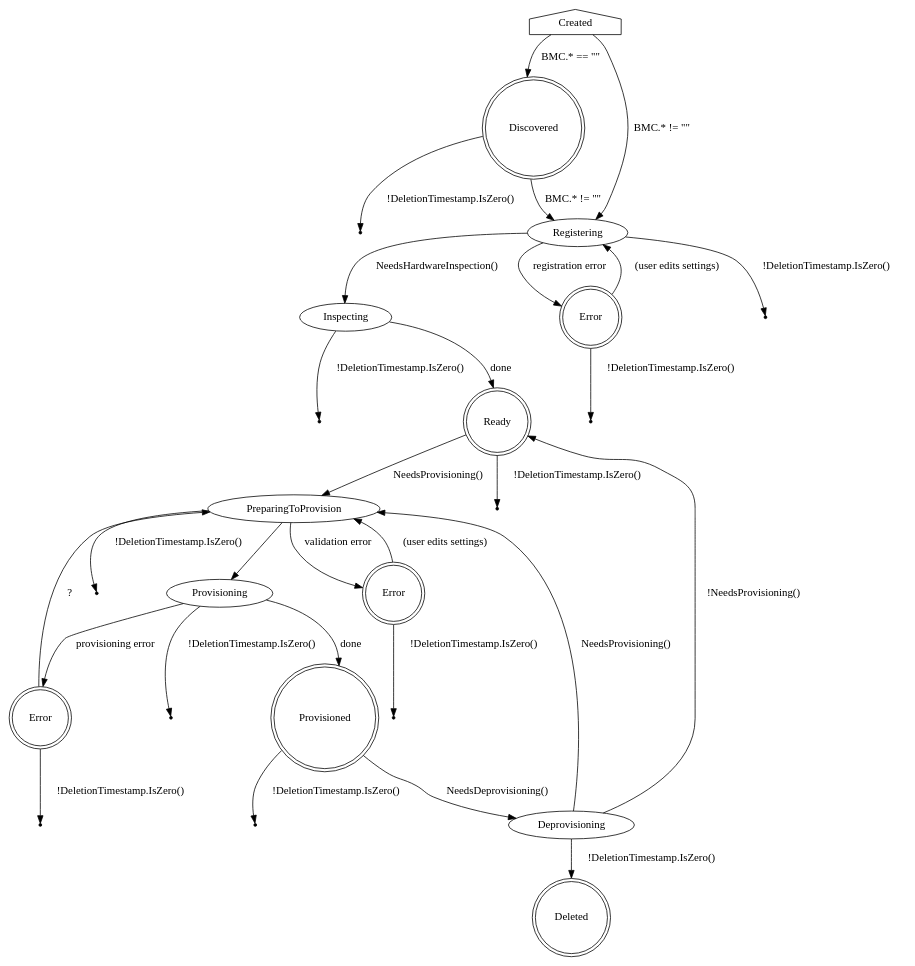
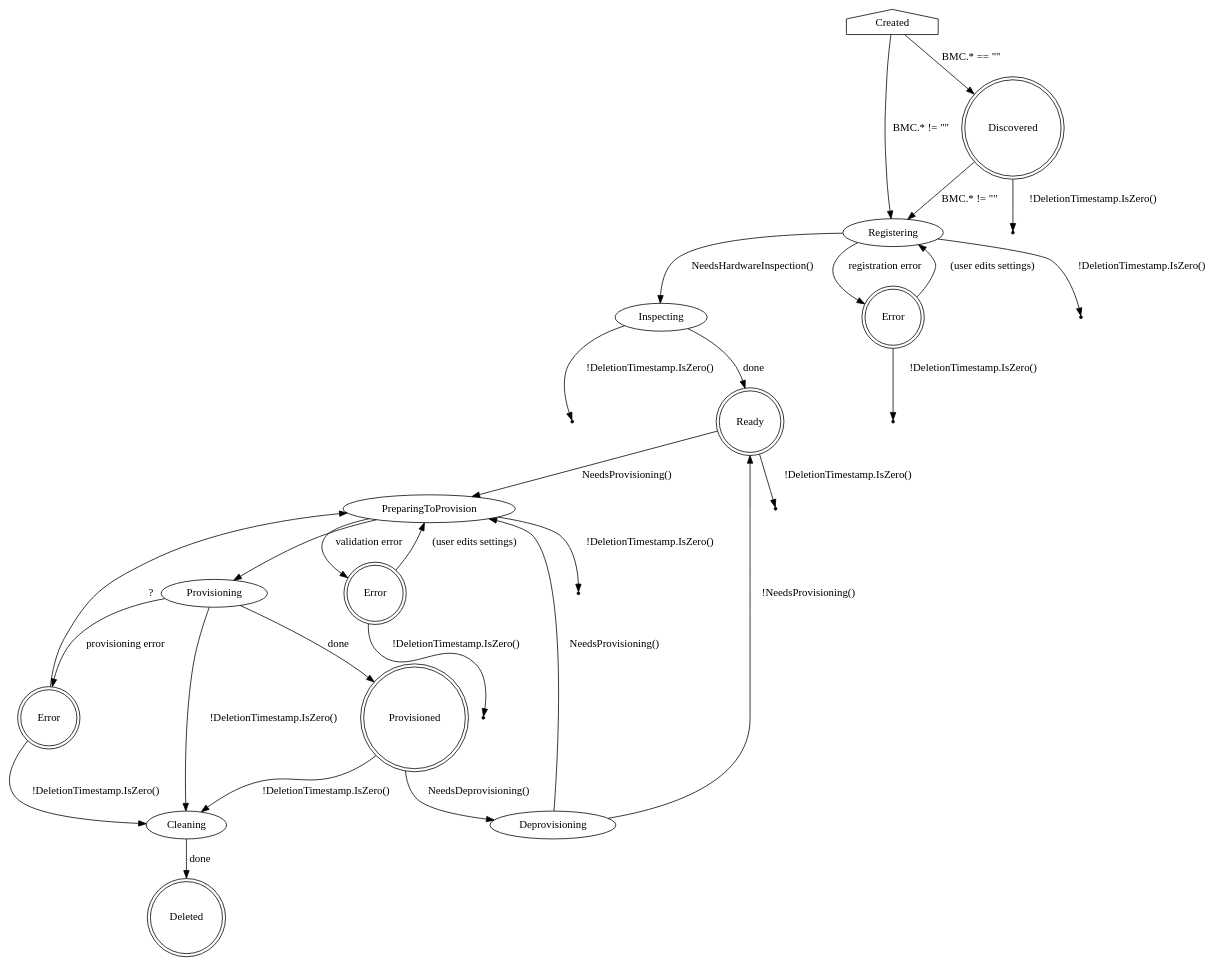
One commit to metal3-io/baremetal-operator changed the diagram in docs/BaremetalHost_ProvisioningState.dot. Above: the diagram before and after it, drawn with Graphviz. The commit also changed 1 other file, not shown here.

Commit message:
add cleaning as a separate state from deprovisioning

```diff
--- a/docs/BaremetalHost_ProvisioningState.dot
+++ b/docs/BaremetalHost_ProvisioningState.dot
@@ -1,70 +1,65 @@
 digraph BaremetalHost {
     Created [shape=house]
     Created -> Discovered [label="BMC.* == \"\""]
     Created -> Registering [label="BMC.* != \"\""]
 
     Discovered [shape=doublecircle]
     Discovered -> Registering [label="BMC.* != \"\""]
     Discovered -> Deleted1 [label="!DeletionTimestamp.IsZero()"]
 
     Deleted1 [shape=point]
 
     Registering -> Inspecting [label="NeedsHardwareInspection()"]
     Registering -> RegistrationError [shape=doublecircle label="registration error"]
     Registering -> Deleted2 [label="!DeletionTimestamp.IsZero()"]
 
     Deleted2 [shape=point]
 
     Inspecting -> Ready [label="done"]
     Inspecting -> Deleted3 [label="!DeletionTimestamp.IsZero()"]
 
     Deleted3 [shape=point]
 
     RegistrationError [shape=doublecircle label="Error"]
     RegistrationError -> Registering [label="(user edits settings)"]
     RegistrationError -> Deleted4 [label="!DeletionTimestamp.IsZero()"]
 
     Deleted4 [shape=point]
 
     Ready [shape=doublecircle]
     Ready -> PreparingToProvision [label="NeedsProvisioning()"]
     Ready -> Deleted5 [label="!DeletionTimestamp.IsZero()"]
 
     Deleted5 [shape=point]
 
     PreparingToProvision -> ValidationError [label="validation error"]
     PreparingToProvision -> Provisioning
     PreparingToProvision -> Deleted6 [label="!DeletionTimestamp.IsZero()"]
 
     Deleted6 [shape=point]
 
     ValidationError [shape=doublecircle label="Error"]
     ValidationError -> PreparingToProvision [label="(user edits settings)"]
     ValidationError -> Deleted7 [label="!DeletionTimestamp.IsZero()"]
 
     Deleted7 [shape=point]
 
     Provisioning -> Provisioned [label=done]
     Provisioning -> ProvisioningError [label="provisioning error"]
-    Provisioning -> Deleted8 [label="!DeletionTimestamp.IsZero()"]
+    Provisioning -> Cleaning [label="!DeletionTimestamp.IsZero()"]
+
+    Cleaning -> Deleted [label="done"]
 
     ProvisioningError [shape=doublecircle label="Error"]
     ProvisioningError -> PreparingToProvision [label="?"]
-    ProvisioningError -> Deleted10 [label="!DeletionTimestamp.IsZero()"]
-
-    Deleted10 [shape=point]
-
-    Deleted8 [shape=point]
+    ProvisioningError -> Cleaning [label="!DeletionTimestamp.IsZero()"]
 
     Provisioned [shape=doublecircle]
     Provisioned -> Deprovisioning [label="NeedsDeprovisioning()"]
-    Provisioned -> Deleted9 [label="!DeletionTimestamp.IsZero()"]
-
-    Deleted9 [shape=point]
+    Provisioned -> Cleaning [label="!DeletionTimestamp.IsZero()"]
 
     Deprovisioning -> PreparingToProvision [label="NeedsProvisioning()"]
     Deprovisioning -> Ready [label="!NeedsProvisioning()"]
-    Deprovisioning -> Deleted [label="!DeletionTimestamp.IsZero()"]
 
     Deleted [shape=doublecircle]
 }
```
